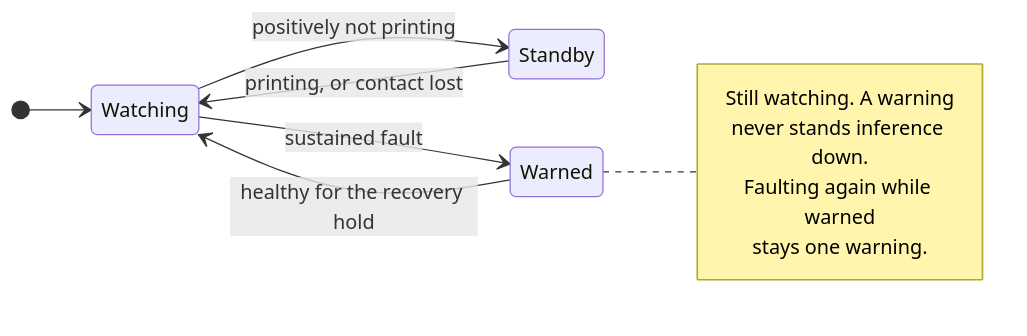
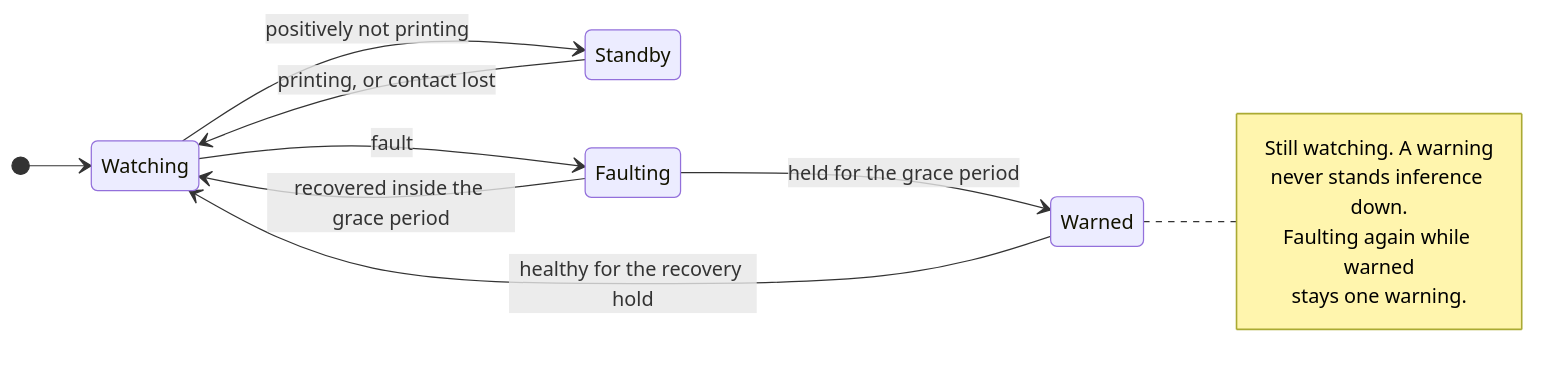
Before and after one commit to oliverbravery/PrintGuard: the fifth of 5 diagrams in docs/architecture.md, drawn with Mermaid. The commit also changed other lines of this file and 3 other files, not shown here.

Commit message:
Document the grace period and the unreliable feed warning

````diff
--- a/docs/architecture.md
+++ b/docs/architecture.md
@@ -309,15 +310,17 @@
 ```mermaid
 stateDiagram-v2
     direction LR
     [*] --> Watching
     Standby --> Watching: printing, or contact lost
     Watching --> Standby: positively not printing
-    Watching --> Warned: sustained fault
+    Watching --> Faulting: fault
+    Faulting --> Watching: recovered inside the grace period
+    Faulting --> Warned: held for the grace period
     Warned --> Watching: healthy for the recovery hold
     note right of Warned
         Still watching. A warning
         never stands inference down.
         Faulting again while warned
         stays one warning.
     end note
 ```
````
